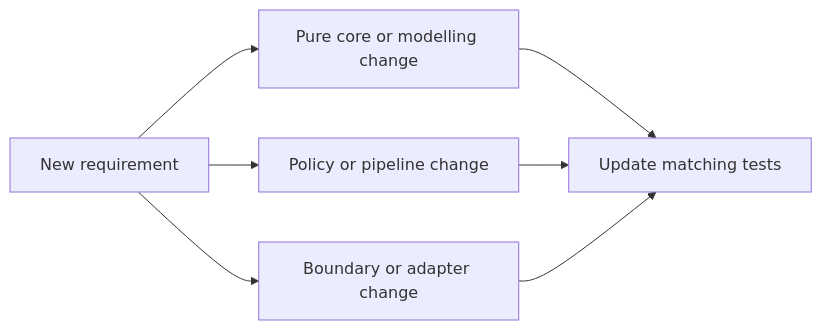
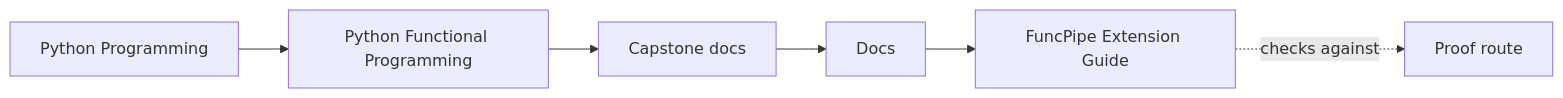
Before and after one commit to bijux/bijux-masterclass: the first of 2 diagrams in programs/python-programming/python-functional-programming/capstone/docs/extension-guide.md, drawn with Mermaid. The commit also changed other lines of this file and 108 other files, not shown here.

Commit message:
docs(python-functional-programming): map capstone and advanced design surfaces

````diff
--- a/programs/python-programming/python-functional-programming/capstone/docs/extension-guide.md
+++ b/programs/python-programming/python-functional-programming/capstone/docs/extension-guide.md
@@ -7,9 +7,12 @@
 ```mermaid
 graph LR
-  change["New requirement"] --> core["Pure core or modelling change"]
-  change --> policy["Policy or pipeline change"]
-  change --> edge["Boundary or adapter change"]
-  core --> tests["Update matching tests"]
-  policy --> tests
-  edge --> tests
+  family["Python Programming"]
+  program["Python Functional Programming"]
+  guide["Capstone docs"]
+  section["Docs"]
+  page["FuncPipe Extension Guide"]
+  proof["Proof route"]
+
+  family --> program --> guide --> section --> page
+  page -.checks against.-> proof
 ```
````
